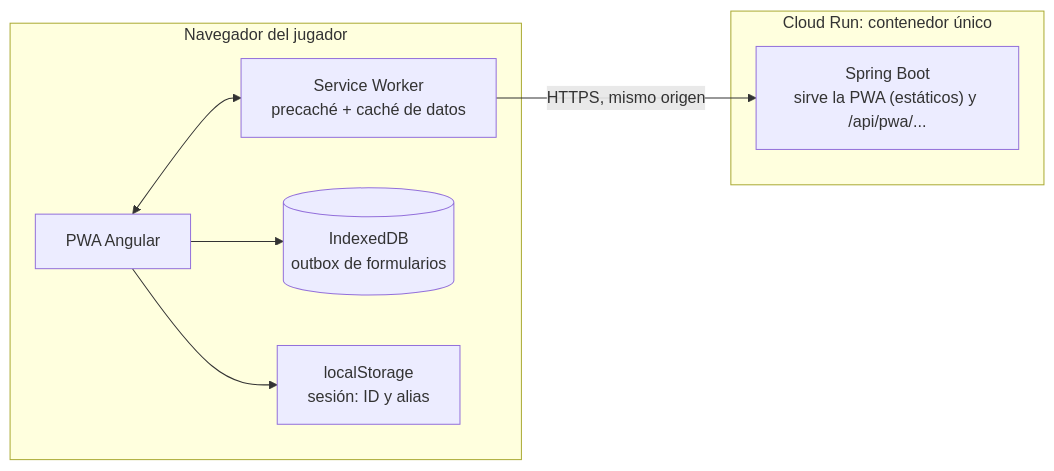
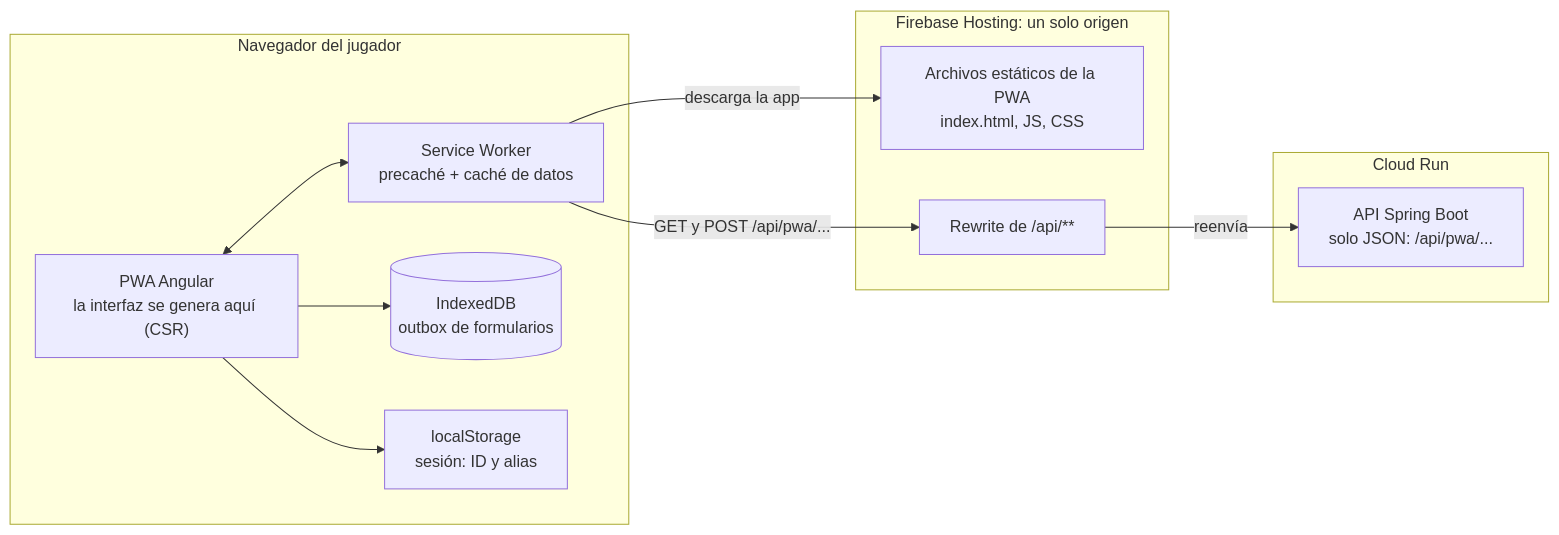
Before and after one commit to Anuma-Games/fat-fish-pwa: the diagram in docs/diagramas/arquitectura.mmd, drawn with Mermaid. The commit also changed 2 other files, not shown here.

Commit message:
Actualizar los .mmd de los diagrama actualizados y modificaicones del Prettier

```diff
--- a/docs/diagramas/arquitectura.mmd
+++ b/docs/diagramas/arquitectura.mmd
@@ -1,16 +1,23 @@
 flowchart LR
     subgraph NAV["Navegador del jugador"]
-        APP["PWA Angular"]
+        APP["PWA Angular<br/>la interfaz se genera aquí (CSR)"]
         SW["Service Worker<br/>precaché + caché de datos"]
         IDB[("IndexedDB<br/>outbox de formularios")]
         LS["localStorage<br/>sesión: ID y alias"]
         APP <--> SW
         APP --> IDB
         APP --> LS
     end
 
-    subgraph CR["Cloud Run: contenedor único"]
-        SB["Spring Boot<br/>sirve la PWA (estáticos) y /api/pwa/..."]
+    subgraph FH["Firebase Hosting: un solo origen"]
+        EST["Archivos estáticos de la PWA<br/>index.html, JS, CSS"]
+        RW["Rewrite de /api/**"]
     end
 
-    SW -->|"HTTPS, mismo origen"| SB
+    subgraph CR["Cloud Run"]
+        API["API Spring Boot<br/>solo JSON: /api/pwa/..."]
+    end
+
+    SW -->|"descarga la app"| EST
+    SW -->|"GET y POST /api/pwa/..."| RW
+    RW -->|"reenvía"| API
```
